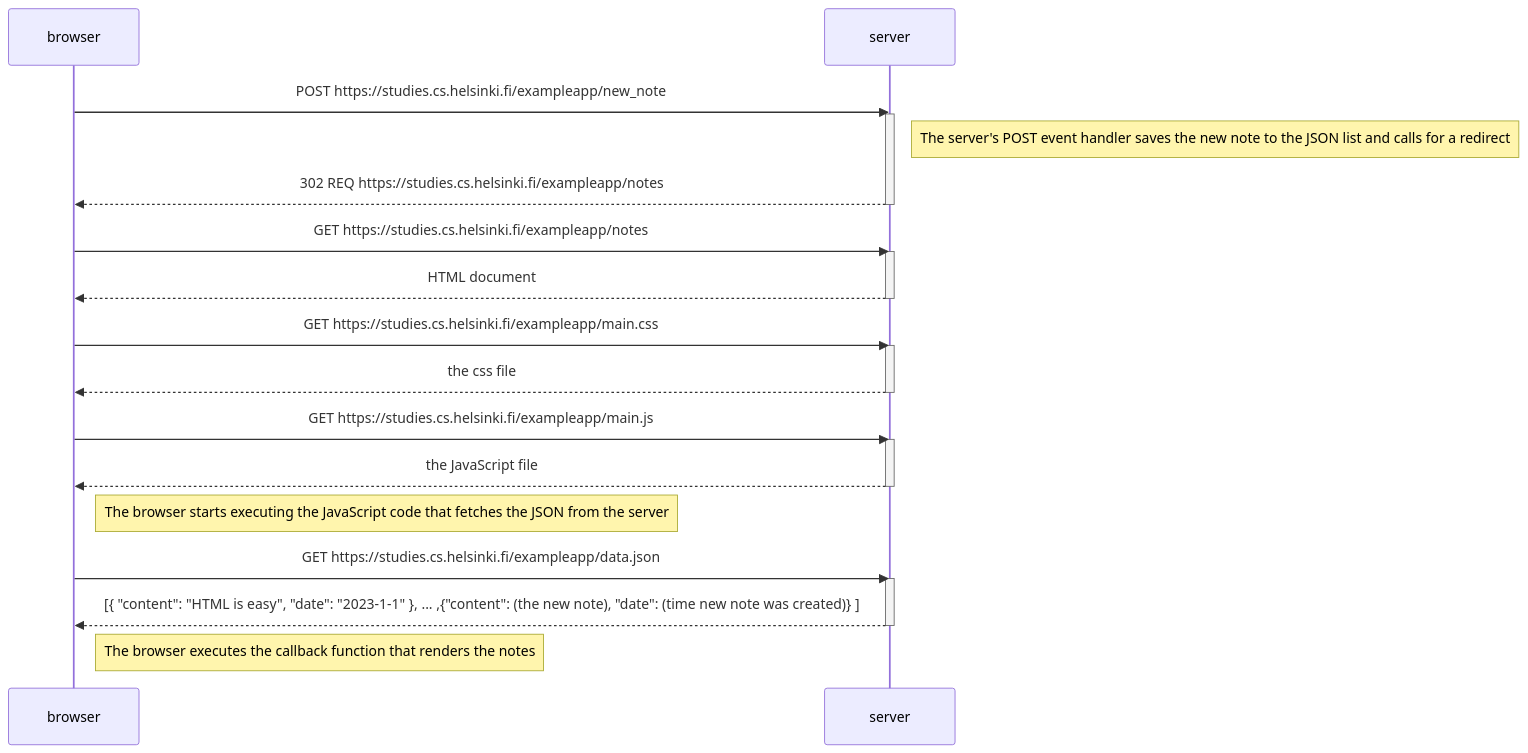
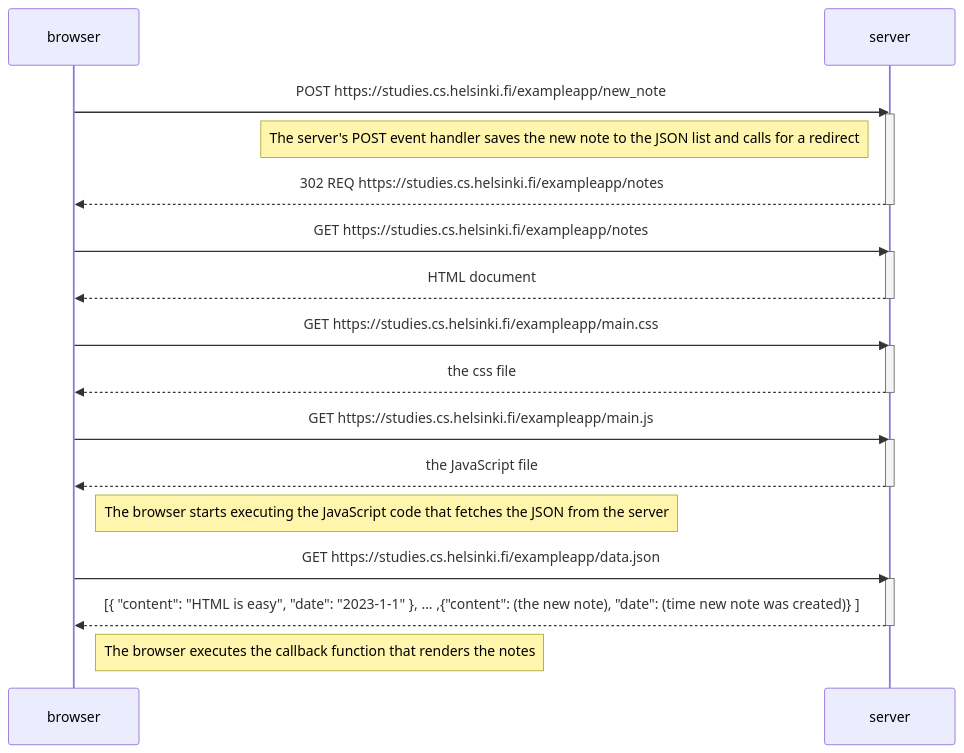
The diagram in Part0/0.4_newnote_diagram.md (LucianoDapostrophe/FullStackOpen_Submissions), drawn with Mermaid before and after one commit.

Commit message:
format 0.4

````diff
--- a/Part0/0.4_newnote_diagram.md
+++ b/Part0/0.4_newnote_diagram.md
@@ -1,35 +1,35 @@
 ```mermaid
 sequenceDiagram
     participant browser
     participant server
 
     browser->>server: POST https://studies.cs.helsinki.fi/exampleapp/new_note
     activate server
-    Note right of server: The server's POST event handler saves the new note to the JSON list and calls for a redirect
+    Note left of server: The server's POST event handler saves the new note to the JSON list and calls for a redirect
     server-->>browser: 302 REQ https://studies.cs.helsinki.fi/exampleapp/notes
     deactivate server
 
     browser->>server: GET https://studies.cs.helsinki.fi/exampleapp/notes
     activate server
     server-->>browser: HTML document
     deactivate server
 
     browser->>server: GET https://studies.cs.helsinki.fi/exampleapp/main.css
     activate server
     server-->>browser: the css file
     deactivate server
 
     browser->>server: GET https://studies.cs.helsinki.fi/exampleapp/main.js
     activate server
     server-->>browser: the JavaScript file
     deactivate server
 
     Note right of browser: The browser starts executing the JavaScript code that fetches the JSON from the server
 
     browser->>server: GET https://studies.cs.helsinki.fi/exampleapp/data.json
     activate server
     server-->>browser: [{ "content": "HTML is easy", "date": "2023-1-1" }, ... ,{"content": (the new note), "date": (time new note was created)} ]
     deactivate server
 
     Note right of browser: The browser executes the callback function that renders the notes
 ```
````
